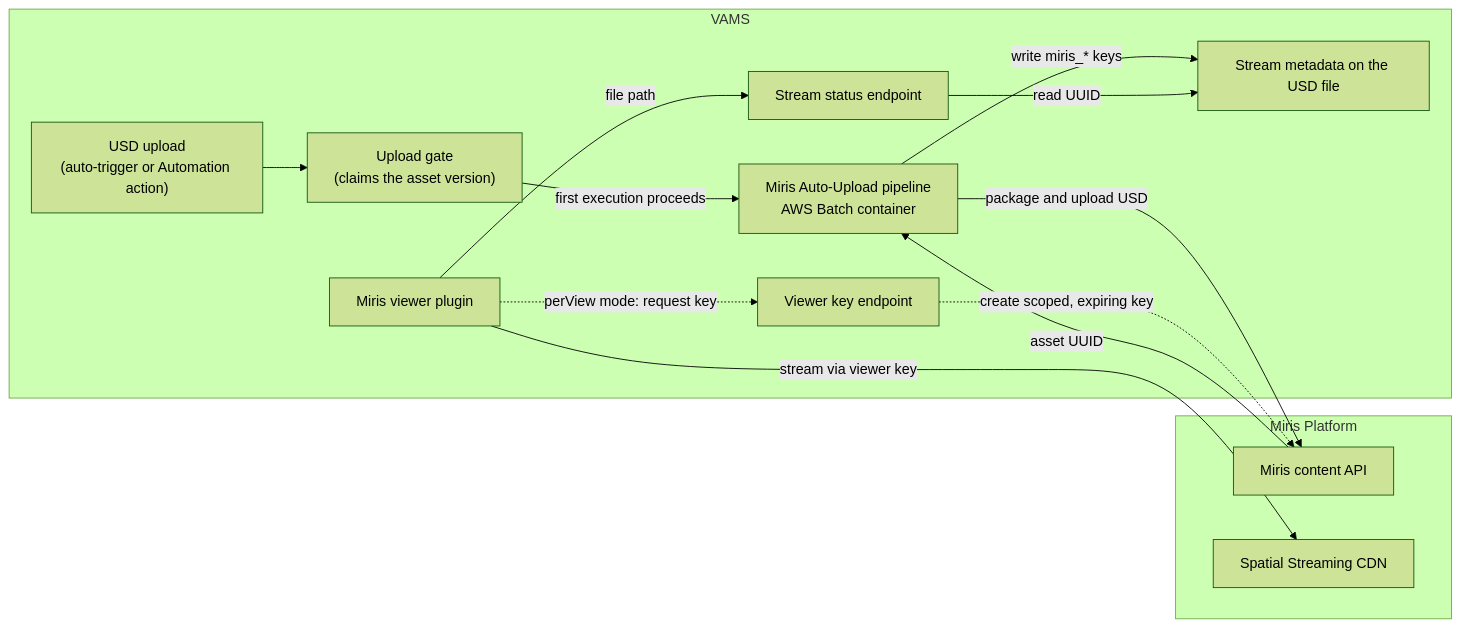
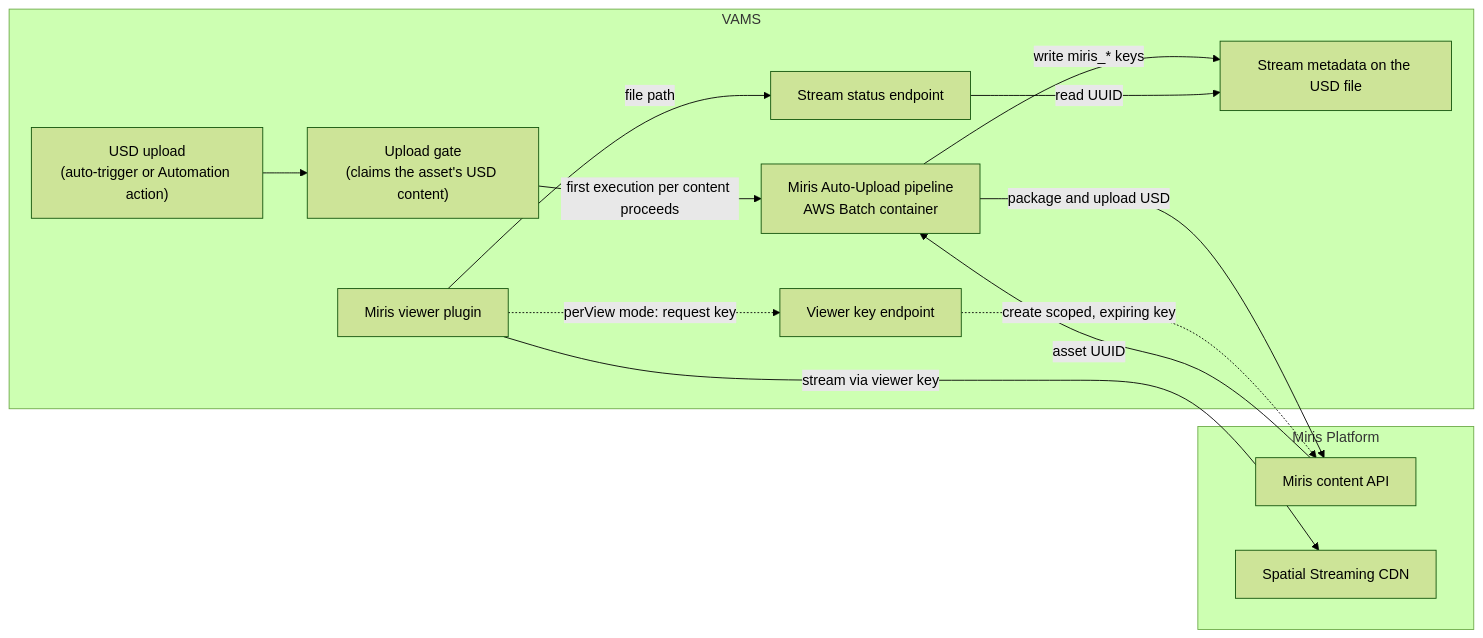
Before and after one commit to kellan-cartledge-miris/visual-asset-management-system: the diagram in documentation/docusaurus-site/docs/developer/external-integrations/miris-spatial-streaming.md, drawn with Mermaid (forest theme). The commit also changed other lines of this file and 32 other files, not shown here.

````diff
--- a/documentation/docusaurus-site/docs/developer/external-integrations/miris-spatial-streaming.md
+++ b/documentation/docusaurus-site/docs/developer/external-integrations/miris-spatial-streaming.md
@@ -223,27 +241,27 @@
 ```mermaid
 flowchart LR
     subgraph VAMS
         UP["USD upload\n(auto-trigger or Automation action)"]
-        GATE["Upload gate\n(claims the asset version)"]
+        GATE["Upload gate\n(claims the asset's USD content)"]
         PIPE["Miris Auto-Upload pipeline\nAWS Batch container"]
         MD["Stream metadata on the USD file"]
         STATUS["Stream status endpoint"]
         VIEW["Miris viewer plugin"]
         MINT["Viewer key endpoint"]
     end
     subgraph Miris Platform
         API["Miris content API"]
         STREAM["Spatial Streaming CDN"]
     end
 
     UP --> GATE
-    GATE -->|first execution proceeds| PIPE
+    GATE -->|first execution per content proceeds| PIPE
     PIPE -->|package and upload USD| API
     API -->|asset UUID| PIPE
     PIPE -->|write miris_* keys| MD
     VIEW -->|file path| STATUS
     STATUS -->|read UUID| MD
     VIEW -->|stream via viewer key| STREAM
     VIEW -.->|perView mode: request key| MINT
     MINT -.->|create scoped, expiring key| API
 ```
````
